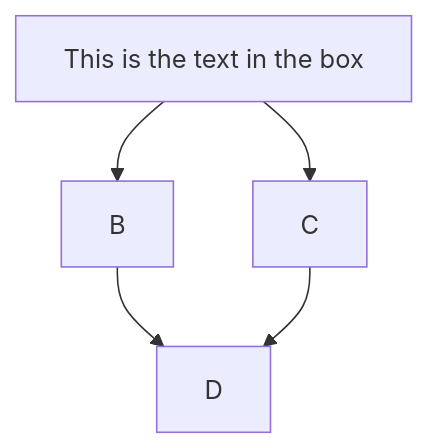
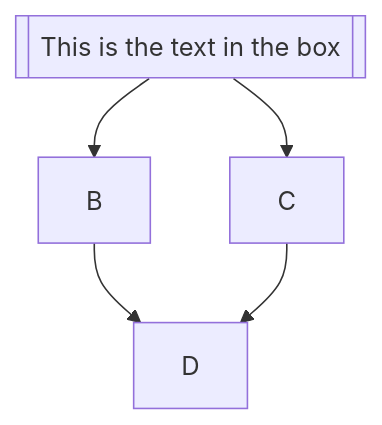
Before and after one commit to mluukkai/paiplne: the diagram in README.md, drawn with Mermaid.

````diff
--- a/README.md
+++ b/README.md
@@ -1,7 +1,8 @@
 ```mermaid
   graph TD;
-      A[This is the text in the box]-->B;
+      A[[This is the text in the box]]
+      A-->B;
       A-->C;
       B-->D;
       C-->D;
 ```
````
